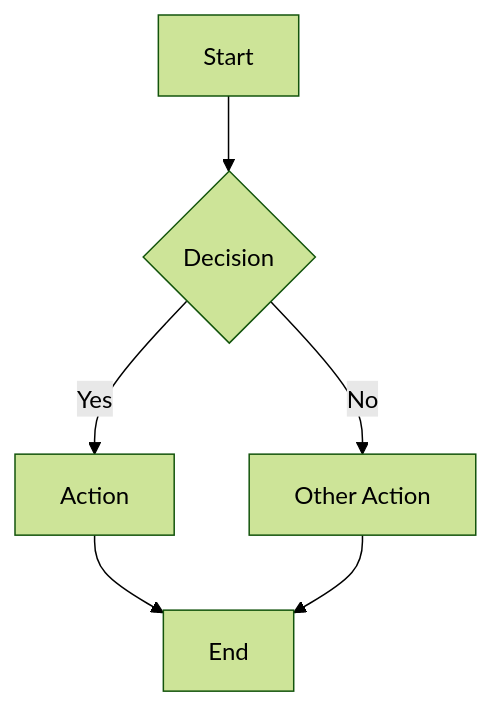
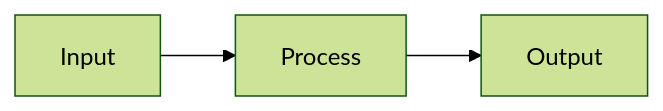
Before and after one commit to runkids/claude-skill-registry: the diagram in skills/data/obsidian-markdown/SKILL.md, drawn with Mermaid (forest theme). The commit also changed other lines of this file and 29822 other files, not shown here.

````diff
--- a/skills/data/obsidian-markdown/SKILL.md
+++ b/skills/data/obsidian-markdown/SKILL.md
@@ -333,8 +425,5 @@
 ```mermaid
-graph TD
-    A[Start] --> B{Decision}
-    B -->|Yes| C[Action]
-    B -->|No| D[Other Action]
-    C --> E[End]
-    D --> E
+graph LR
+    A[Input] --> B[Process]
+    B --> C[Output]
 ```
````
